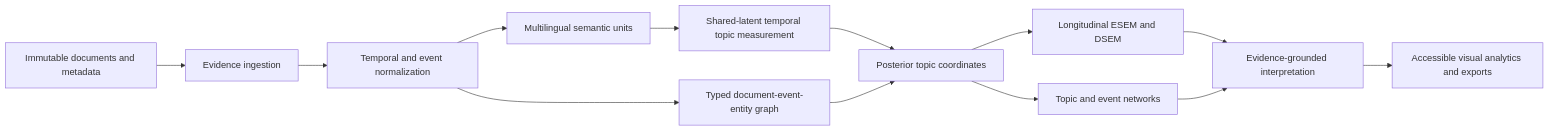
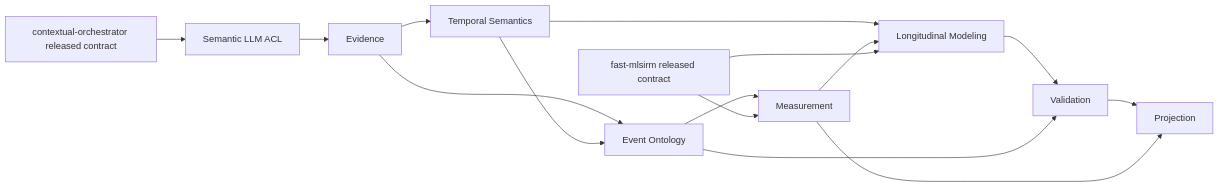
Before and after one commit to ContextualWisdomLab/TEPP: the diagram in ARCHITECTURE.md, drawn with Mermaid. The commit also changed other lines of this file, not shown here.

Commit message:
refactor(architecture): separate DDD contexts and released owner boundaries

````diff
--- a/ARCHITECTURE.md
+++ b/ARCHITECTURE.md
@@ -7,15 +9,17 @@
 ```mermaid
 flowchart LR
-    A[Immutable documents and metadata] --> B[Evidence ingestion]
-    B --> C[Temporal and event normalization]
-    C --> D[Multilingual semantic units]
-    D --> E[Shared-latent temporal topic measurement]
-    C --> F[Typed document-event-entity graph]
-    E --> G[Posterior topic coordinates]
-    F --> G
-    G --> H[Longitudinal ESEM and DSEM]
-    G --> I[Topic and event networks]
-    H --> J[Evidence-grounded interpretation]
-    I --> J
-    J --> K[Accessible visual analytics and exports]
+    A[Evidence] --> B[Temporal Semantics]
+    A --> C[Event Ontology]
+    B --> C
+    C --> D[Measurement]
+    B --> E[Longitudinal Modeling]
+    D --> E
+    E --> F[Validation]
+    C --> F
+    F --> G[Projection]
+    D --> G
+    H[contextual-orchestrator released contract] --> I[Semantic LLM ACL]
+    I --> A
+    J[fast-mlsirm released contract] --> D
+    J --> E
 ```
````
